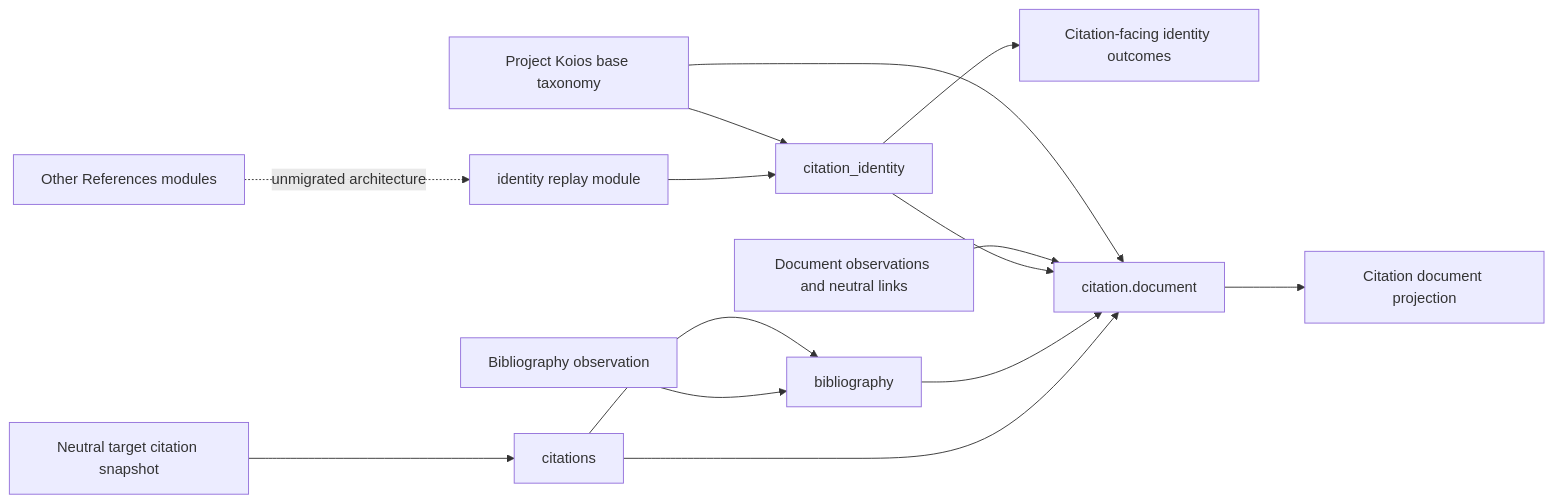
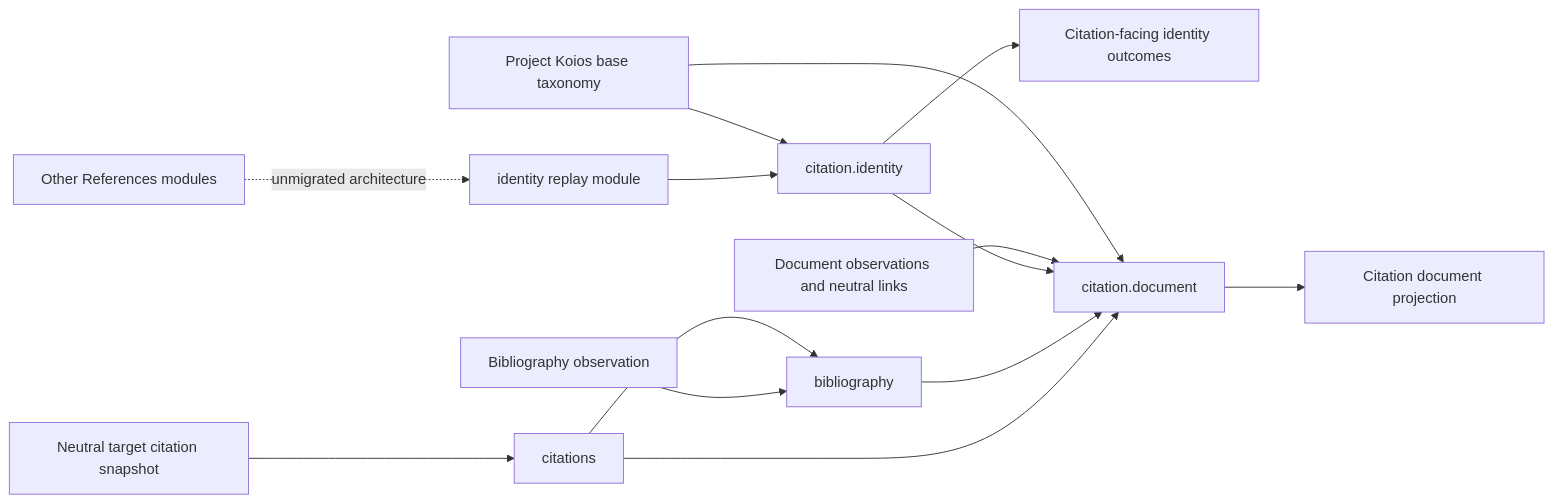
Before and after one commit to eragasa/projectkoios-references: the diagram in docs/architecture/projectkoios/references/schematic.md, drawn with Mermaid. The commit also changed other lines of this file and 33 other files, not shown here.

````diff
--- a/docs/architecture/projectkoios/references/schematic.md
+++ b/docs/architecture/projectkoios/references/schematic.md
@@ -6,16 +6,16 @@
 ```mermaid
 flowchart LR
-    I[identity replay module] --> P[citation_identity]
+    I[identity replay module] --> P[citation.identity]
     P --> O[Citation-facing identity outcomes]
     T[Neutral target citation snapshot] --> C[citations]
     O2[Bibliography observation] --> G[bibliography]
     C --> G
     C --> D[citation.document]
     G --> D
     P --> D
     E[Document observations and neutral links] --> D
     D --> R[Citation document projection]
     B[Project Koios base taxonomy] --> P
     B --> D
     U[Other References modules] -. unmigrated architecture .-> I
 ```
````
